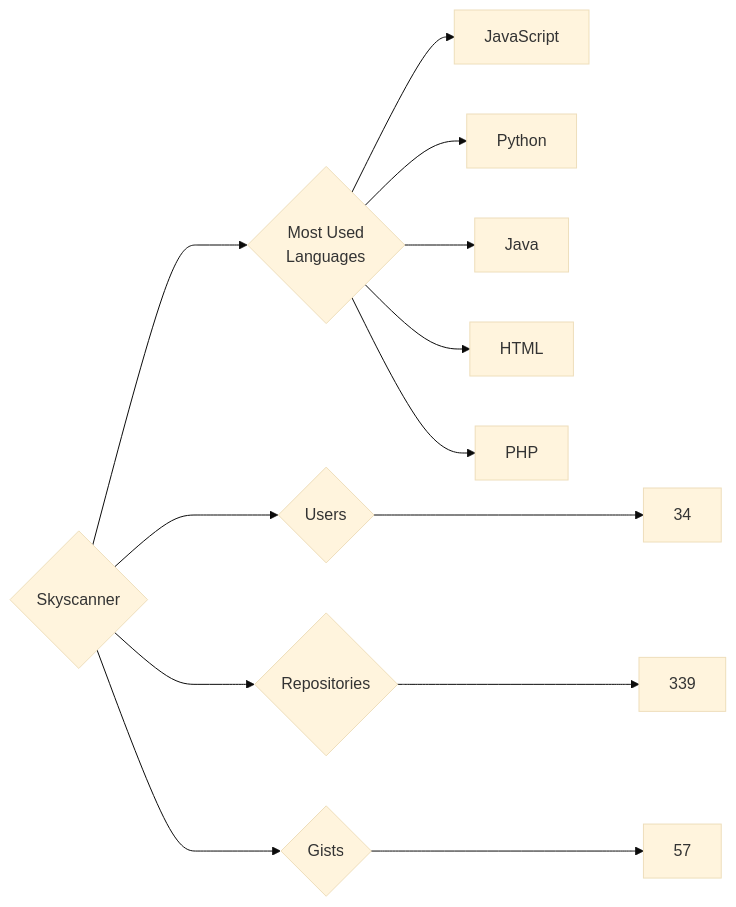
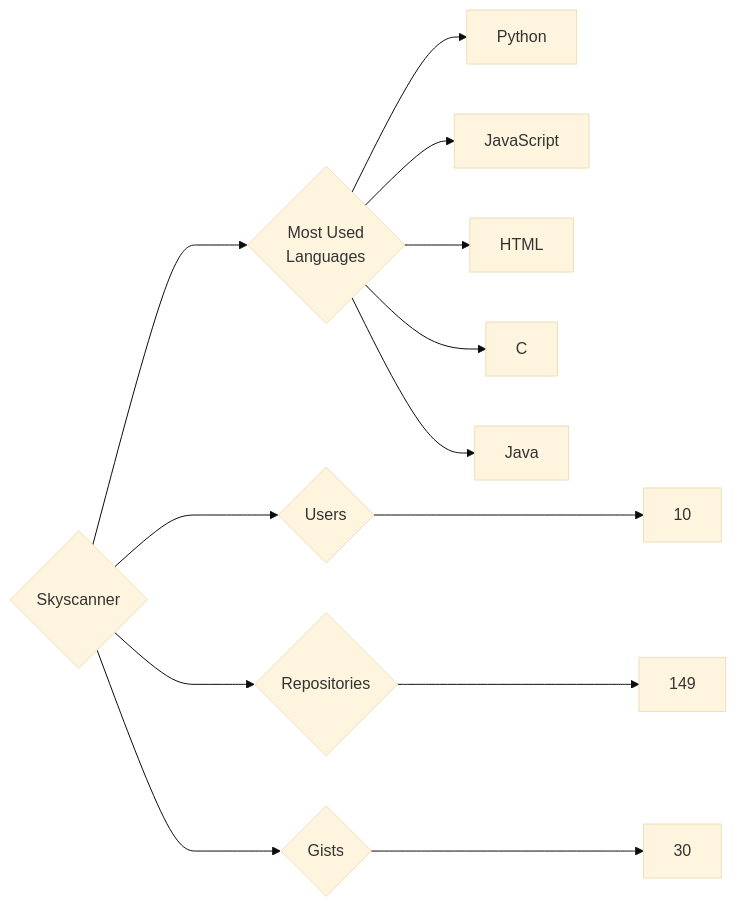
The diagram in targets/Skyscanner/README.md (trickest/insiders), drawn with Mermaid (base theme) before and after one commit. The commit also changed 973 other files, not shown here.

````diff
--- a/targets/Skyscanner/README.md
+++ b/targets/Skyscanner/README.md
@@ -3,13 +3,13 @@
 ```mermaid
 graph LR
 COMPANY_NAME{Skyscanner}
-COMPANY_NAME ---> U{Users} ---> UN[34]
-COMPANY_NAME ---> R{Repositories} ---> RN[339]
-COMPANY_NAME ---> G{Gists} ---> GN[57]
+COMPANY_NAME ---> U{Users} ---> UN[10]
+COMPANY_NAME ---> R{Repositories} ---> RN[149]
+COMPANY_NAME ---> G{Gists} ---> GN[30]
 COMPANY_NAME ---> ML{Most Used<br>Languages}
+ML --> Python[Python]
 ML --> JavaScript[JavaScript]
-ML --> Python[Python]
+ML --> HTML[HTML]
+ML --> C[C]
 ML --> Java[Java]
-ML --> HTML[HTML]
-ML --> PHP[PHP]
 ```
````
